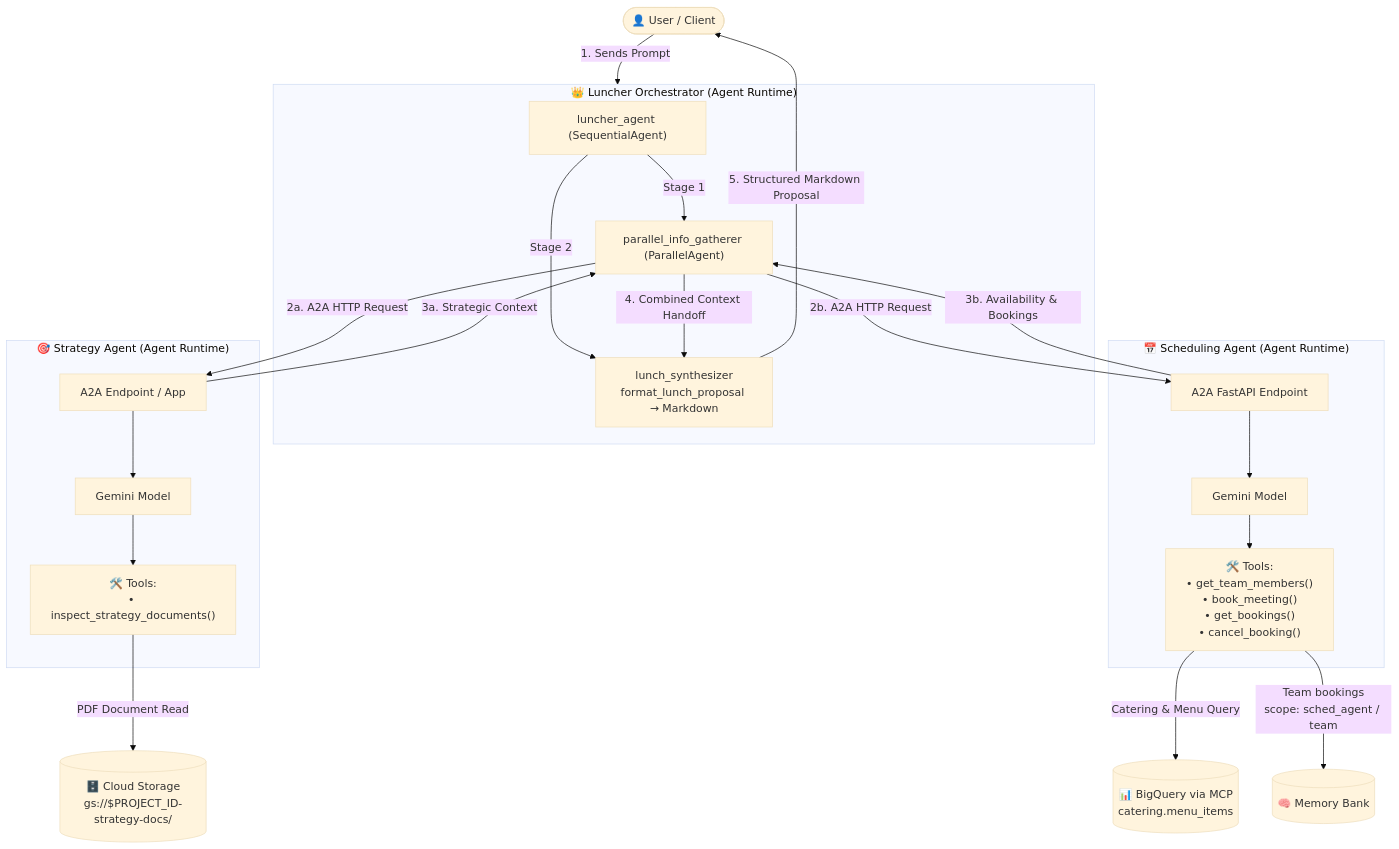
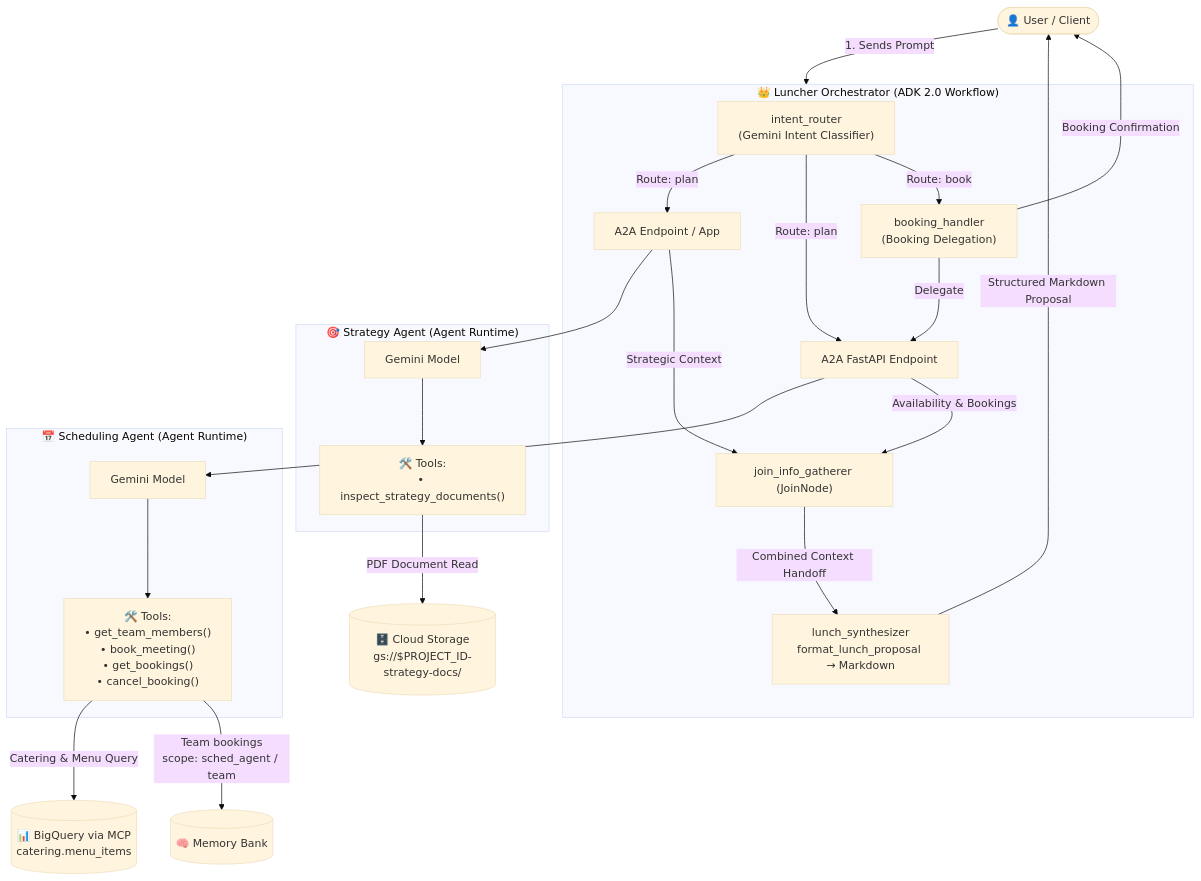
The diagram in README.md (mbychkowski/luncher), drawn with Mermaid (base theme) before and after one commit. The commit also changed other lines of this file and 5 other files, not shown here.

First line of the commit message:
refactor(luncher_agent): migrate orchestrator to ADK 2.0 Workflow graph (#31)

````diff
--- a/README.md
+++ b/README.md
@@ -39,46 +40,47 @@
 ```mermaid
 graph TD
-    User(["👤 User / Client"]) -->|1. Sends Prompt| LuncherProcess
+    User(["👤 User / Client"]) -->|1. Sends Prompt| LuncherWorkflow
 
-    subgraph LuncherProcess ["👑 Luncher Orchestrator (Agent Runtime)"]
-        LuncherSeq["luncher_agent (SequentialAgent)"]
-        ParallelGatherer["parallel_info_gatherer (ParallelAgent)"]
+    subgraph LuncherWorkflow ["👑 Luncher Orchestrator (ADK 2.0 Workflow)"]
+        Router["intent_router<br/>(Gemini Intent Classifier)"]
+        JoinGatherer["join_info_gatherer (JoinNode)"]
         Synthesizer["lunch_synthesizer<br/>format_lunch_proposal → Markdown"]
+        BookingHandler["booking_handler<br/>(Booking Delegation)"]
 
-        LuncherSeq -->|Stage 1| ParallelGatherer
-        LuncherSeq -->|Stage 2| Synthesizer
+        Router -->|Route: plan| StratA2A
+        Router -->|Route: plan| SchedA2A
+        Router -->|Route: book| BookingHandler
+        BookingHandler -->|Delegate| SchedA2A
     end
 
     subgraph StrategyAgent ["🎯 Strategy Agent (Agent Runtime)"]
         StratA2A["A2A Endpoint / App"]
         StratLLM["Gemini Model"]
         StratTools["🛠️ Tools:<br/>• inspect_strategy_documents()"]
         StratA2A --> StratLLM
         StratLLM --> StratTools
     end
 
     subgraph SchedAgent ["📅 Scheduling Agent (Agent Runtime)"]
         SchedA2A["A2A FastAPI Endpoint"]
         SchedLLM["Gemini Model"]
         SchedTools["🛠️ Tools:<br/>• get_team_members()<br/>• book_meeting()<br/>• get_bookings()<br/>• cancel_booking()"]
         SchedA2A --> SchedLLM
         SchedLLM --> SchedTools
     end
 
     GCS[("🗄️ Cloud Storage<br/>gs://$PROJECT_ID-strategy-docs/")]
     BQ[("📊 BigQuery via MCP<br/>catering.menu_items")]
     MemBank[("🧠 Memory Bank")]
 
-    ParallelGatherer -->|2a. A2A HTTP Request| StratA2A
-    ParallelGatherer -->|2b. A2A HTTP Request| SchedA2A
-
     StratTools -->|PDF Document Read| GCS
     SchedTools -->|Catering & Menu Query| BQ
     SchedTools -->|Team bookings<br/>scope: sched_agent / team| MemBank
 
-    StratA2A -->|3a. Strategic Context| ParallelGatherer
-    SchedA2A -->|3b. Availability & Bookings| ParallelGatherer
+    StratA2A -->|Strategic Context| JoinGatherer
+    SchedA2A -->|Availability & Bookings| JoinGatherer
 
-    ParallelGatherer -->|4. Combined Context Handoff| Synthesizer
-    Synthesizer -->|5. Structured Markdown Proposal| User
+    JoinGatherer -->|Combined Context Handoff| Synthesizer
+    Synthesizer -->|Structured Markdown Proposal| User
+    BookingHandler -->|Booking Confirmation| User
 ```
````
